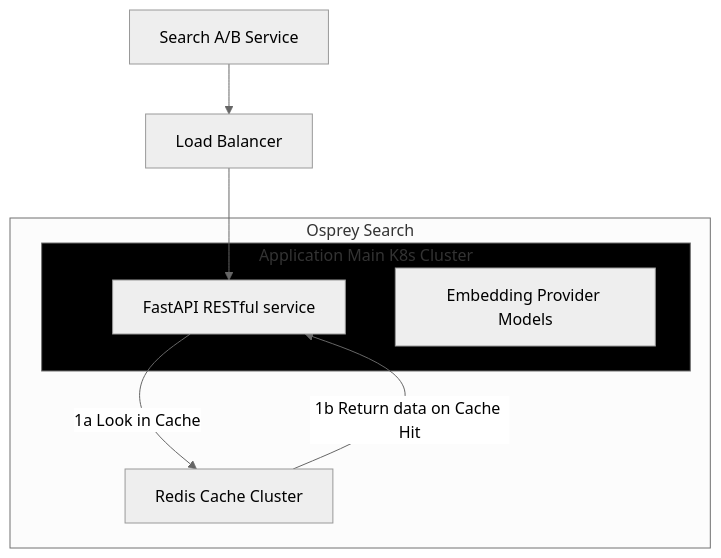
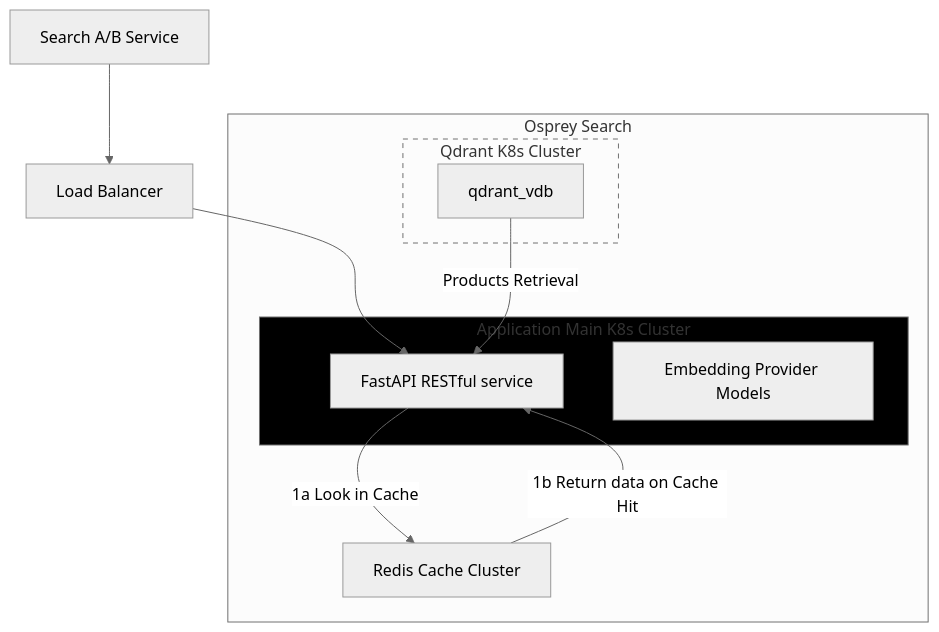
The diagram in osprey_search_ARCHITECTURE.md (caiferris/qtact), drawn with Mermaid (neutral theme) before and after one commit.

Commit message:
Updated osprey doc

````diff
--- a/osprey_search_ARCHITECTURE.md
+++ b/osprey_search_ARCHITECTURE.md
@@ -45,18 +45,22 @@
 ```mermaid
 graph 
   query["Search A/B Service"]
   load_balancer["Load Balancer"]
   api_server["FastAPI RESTful service"]
   embedding_model["Embedding Provider Models"]
   redis["Redis Cache Cluster"]
   query --> load_balancer --> api_server
 subgraph parent_subgraph["Osprey Search"]
   api_server -- 1a Look in Cache --> redis
   redis -- 1b Return data on Cache Hit --> api_server
   subgraph sub_graph_group1["Application Main K8s Cluster"]
     style sub_graph_group1 stroke: 5, 5,fill: #000
     api_server
     embedding_model
   end
+  subgraph qdrant_cluster["Qdrant K8s Cluster"]
+    style qdrant_cluster stroke-dasharray: 5, 5
+    qdrant_vdb -- Products Retrieval --> api_server
+  end
 end
 ```
````
